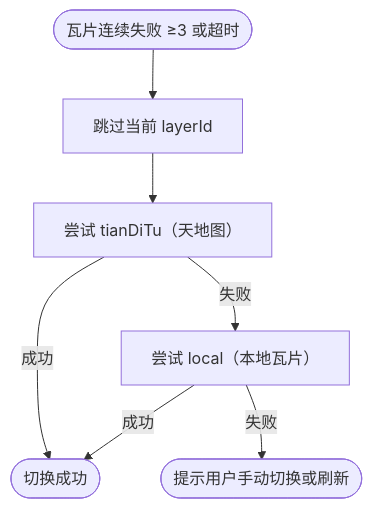
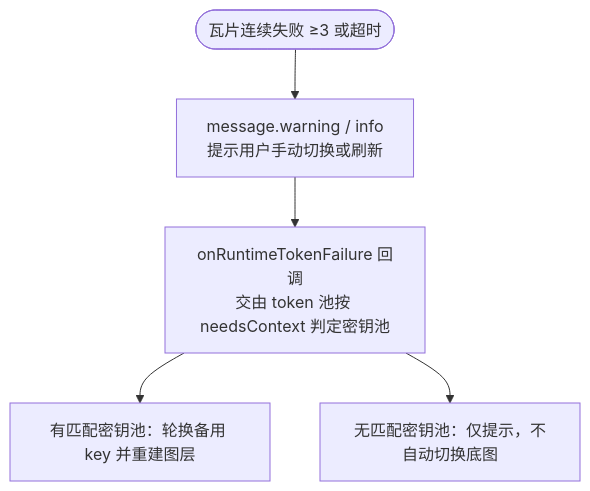
Before and after one commit to NEGIAO/WebGIS-Dev: the third of 3 diagrams in Docs/Architecture/basemap-source-system.md, drawn with Mermaid. The commit also changed other lines of this file and 52 other files, not shown here.

````diff
--- a/Docs/Architecture/basemap-source-system.md
+++ b/Docs/Architecture/basemap-source-system.md
@@ -210,9 +218,7 @@
 ```mermaid
 flowchart TD
-    FAIL(["瓦片连续失败 ≥3 或超时"]) --> SKIP["跳过当前 layerId"]
-    SKIP --> TRY_TDT["尝试 tianDiTu（天地图）"]
-    TRY_TDT -->|成功| OK(["切换成功"])
-    TRY_TDT -->|失败| TRY_LOCAL["尝试 local（本地瓦片）"]
-    TRY_LOCAL -->|成功| OK
-    TRY_LOCAL -->|失败| MANUAL(["提示用户手动切换或刷新"])
+    FAIL(["瓦片连续失败 ≥3 或超时"]) --> NOTIFY["message.warning / info<br/>提示用户手动切换或刷新"]
+    NOTIFY --> CB["onRuntimeTokenFailure 回调<br/>交由 token 池按 needsContext 判定密钥池"]
+    CB --> ROTATE["有匹配密钥池：轮换备用 key 并重建图层"]
+    CB --> MANUAL["无匹配密钥池：仅提示，不自动切换底图"]
 ```
````
